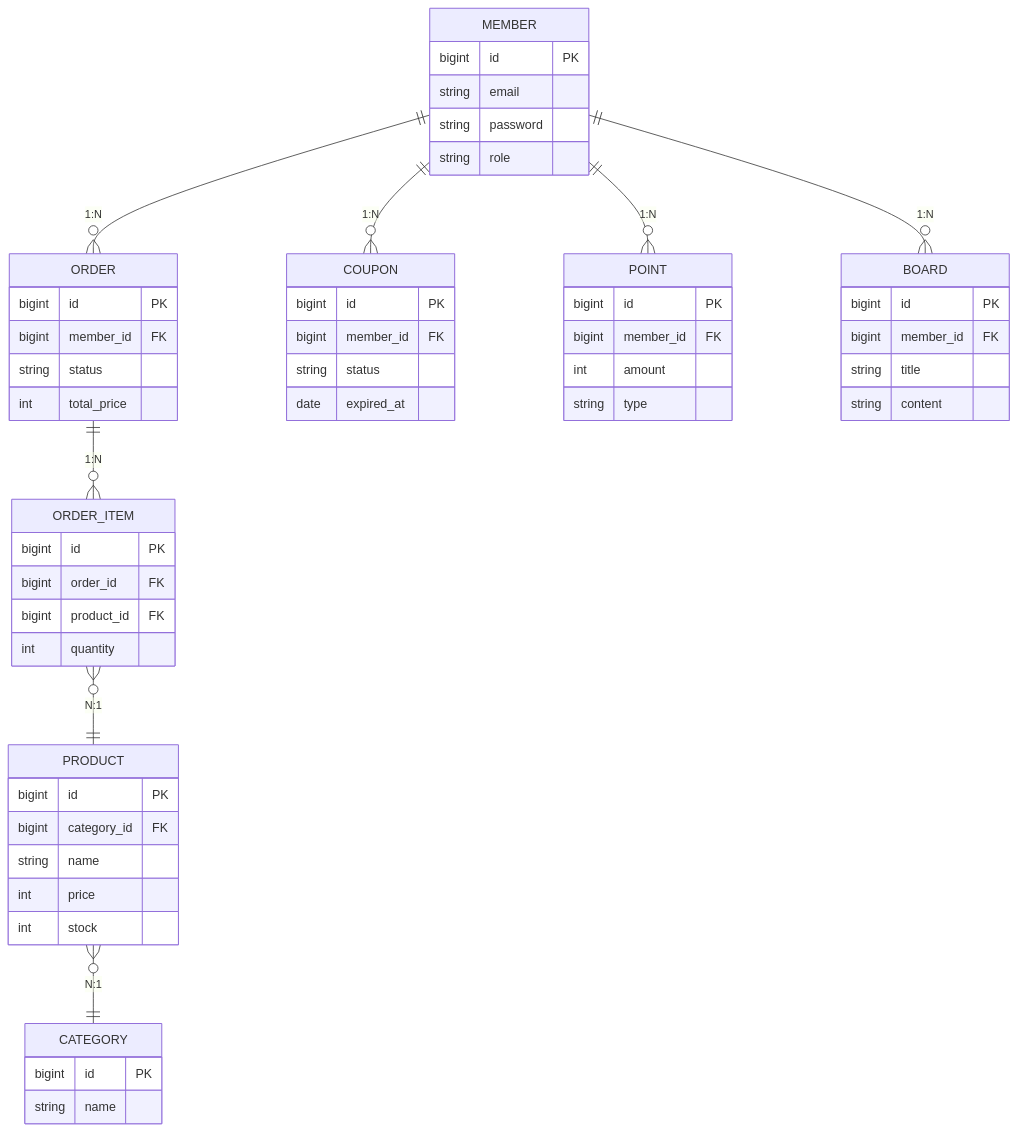
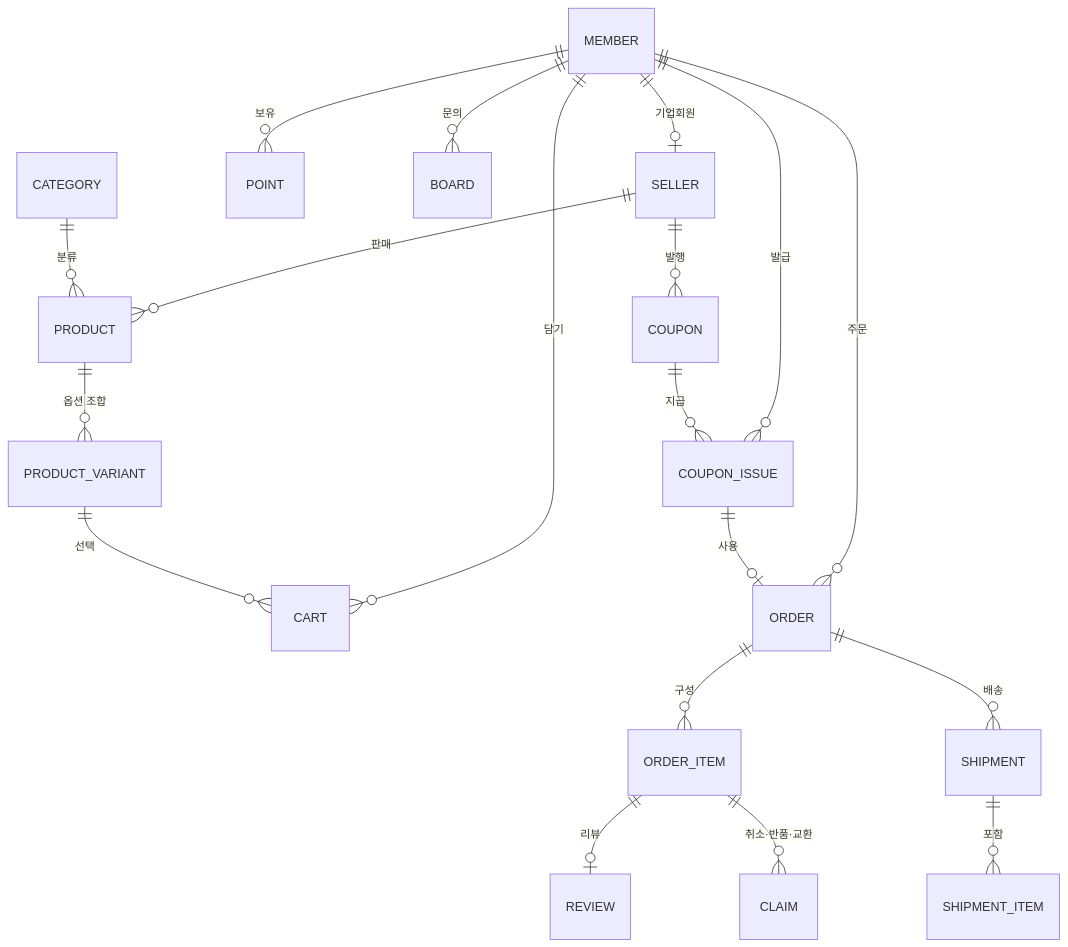
The second of 2 diagrams in README.md (SsuhyunO/K-Market), drawn with Mermaid before and after one commit. The commit also changed other lines of this file and 11 other files, not shown here.

````diff
--- a/README.md
+++ b/README.md
@@ -151,58 +235,21 @@
 ```mermaid
 erDiagram
-    MEMBER ||--o{ ORDER : "1:N"
-    MEMBER ||--o{ COUPON : "1:N"
-    MEMBER ||--o{ POINT : "1:N"
-    MEMBER ||--o{ BOARD : "1:N"
-    ORDER  ||--o{ ORDER_ITEM : "1:N"
-    ORDER_ITEM }o--|| PRODUCT : "N:1"
-    PRODUCT }o--|| CATEGORY : "N:1"
-
-    MEMBER {
-        bigint id PK
-        string email
-        string password
-        string role
-    }
-    ORDER {
-        bigint id PK
-        bigint member_id FK
-        string status
-        int total_price
-    }
-    ORDER_ITEM {
-        bigint id PK
-        bigint order_id FK
-        bigint product_id FK
-        int quantity
-    }
-    PRODUCT {
-        bigint id PK
-        bigint category_id FK
-        string name
-        int price
-        int stock
-    }
-    CATEGORY {
-        bigint id PK
-        string name
-    }
-    COUPON {
-        bigint id PK
-        bigint member_id FK
-        string status
-        date expired_at
-    }
-    POINT {
-        bigint id PK
-        bigint member_id FK
-        int amount
-        string type
-    }
-    BOARD {
-        bigint id PK
-        bigint member_id FK
-        string title
-        string content
-    }
+    MEMBER ||--o| SELLER : "기업회원"
+    MEMBER ||--o{ CART : "담기"
+    MEMBER ||--o{ ORDER : "주문"
+    MEMBER ||--o{ POINT : "보유"
+    MEMBER ||--o{ COUPON_ISSUE : "발급"
+    MEMBER ||--o{ BOARD : "문의"
+    SELLER ||--o{ PRODUCT : "판매"
+    SELLER ||--o{ COUPON : "발행"
+    CATEGORY ||--o{ PRODUCT : "분류"
+    PRODUCT ||--o{ PRODUCT_VARIANT : "옵션 조합"
+    PRODUCT_VARIANT ||--o{ CART : "선택"
+    ORDER ||--o{ ORDER_ITEM : "구성"
+    ORDER ||--o{ SHIPMENT : "배송"
+    SHIPMENT ||--o{ SHIPMENT_ITEM : "포함"
+    ORDER_ITEM ||--o| REVIEW : "리뷰"
+    ORDER_ITEM ||--o{ CLAIM : "취소·반품·교환"
+    COUPON ||--o{ COUPON_ISSUE : "지급"
+    COUPON_ISSUE ||--o| ORDER : "사용"
 ```
````
